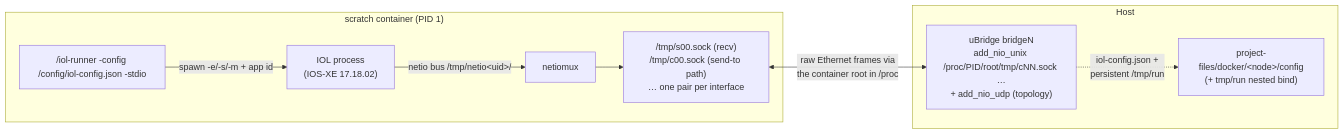
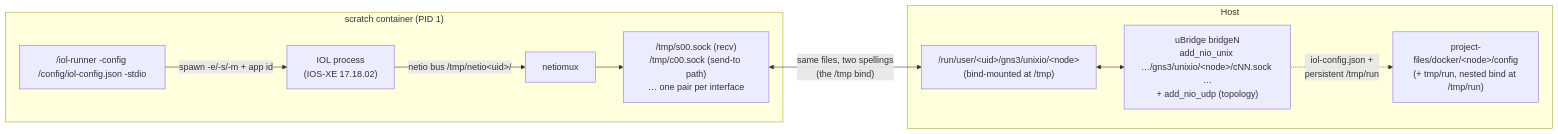
The diagram in docs/features/iol-runner-docker.md (cristian-ciobanu/gns3-server), drawn with Mermaid before and after one commit. The commit also changed other lines of this file and 3 other files, not shown here.

First line of the commit message:
refactor: wire unix-socket NIOs through a per-node runtime directory

````diff
--- a/docs/features/iol-runner-docker.md
+++ b/docs/features/iol-runner-docker.md
@@ -28,17 +28,18 @@
 ```mermaid
 graph LR
     subgraph Container["scratch container (PID 1)"]
         RUNNER["/iol-runner -config /config/iol-config.json -stdio"]
         IOL["IOL process<br/>(IOS-XE 17.18.02)"]
         NETIOMUX["netiomux"]
         SOCKETS["/tmp/s00.sock (recv)<br/>/tmp/c00.sock (send-to path)<br/>… one pair per interface"]
         RUNNER -->|"spawn -e/-s/-m + app id"| IOL
         IOL -->|"netio bus /tmp/netio&lt;uid&gt;/"| NETIOMUX --> SOCKETS
     end
     subgraph Host
-        UBRIDGE["uBridge bridgeN<br/>add_nio_unix /proc/PID/root/tmp/cNN.sock …<br/>+ add_nio_udp (topology)"]
-        VOL["project-files/docker/&lt;node&gt;/config<br/>(+ tmp/run nested bind)"]
+        UBRIDGE["uBridge bridgeN<br/>add_nio_unix …/gns3/unixio/&lt;node&gt;/cNN.sock …<br/>+ add_nio_udp (topology)"]
+        RTDIR["/run/user/&lt;uid&gt;/gns3/unixio/&lt;node&gt;<br/>(bind-mounted at /tmp)"]
+        VOL["project-files/docker/&lt;node&gt;/config<br/>(+ tmp/run, nested bind at /tmp/run)"]
     end
-    SOCKETS <-->|"raw Ethernet frames via<br/>the container root in /proc"| UBRIDGE
+    SOCKETS <-->|"same files, two spellings<br/>(the /tmp bind)"| RTDIR <--> UBRIDGE
     UBRIDGE -.->|"iol-config.json +<br/>persistent /tmp/run"| VOL
 ```
````
